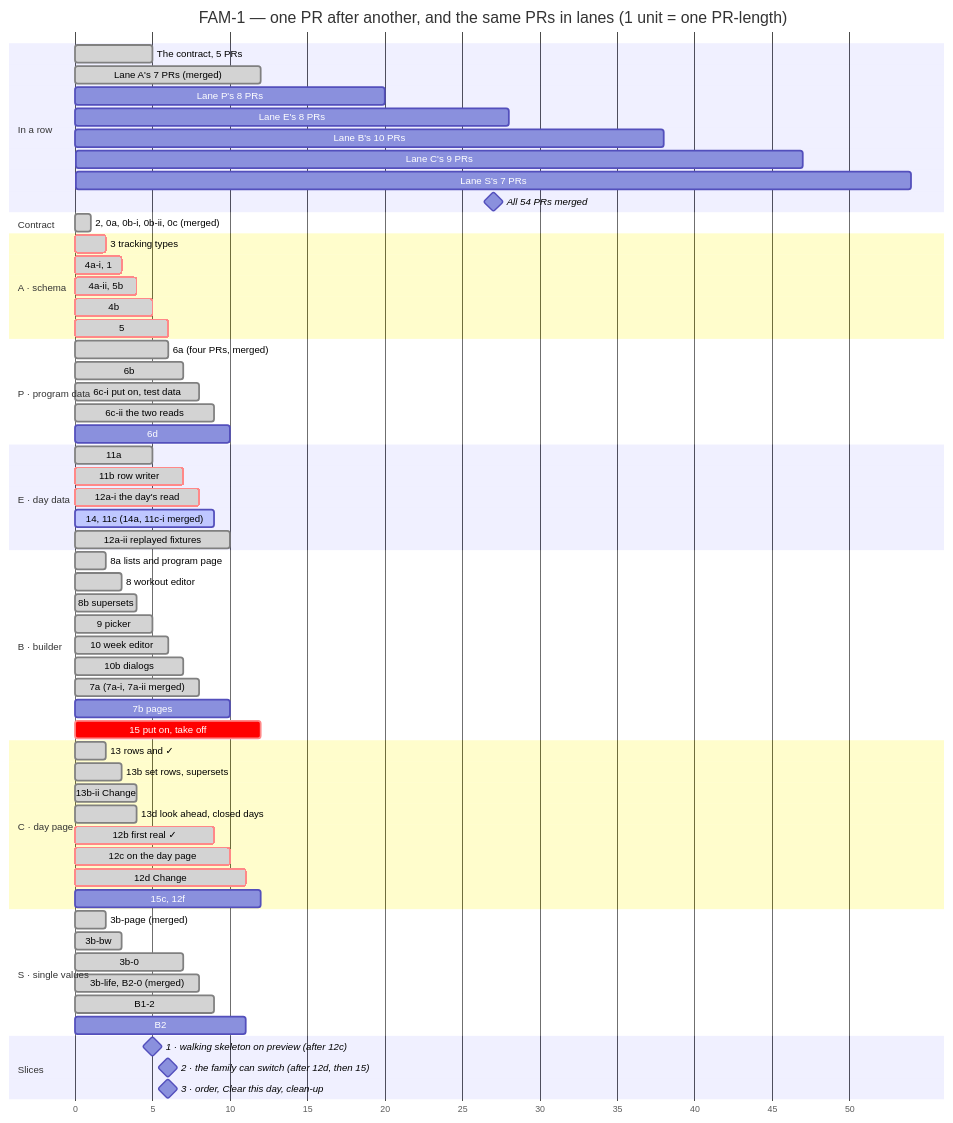
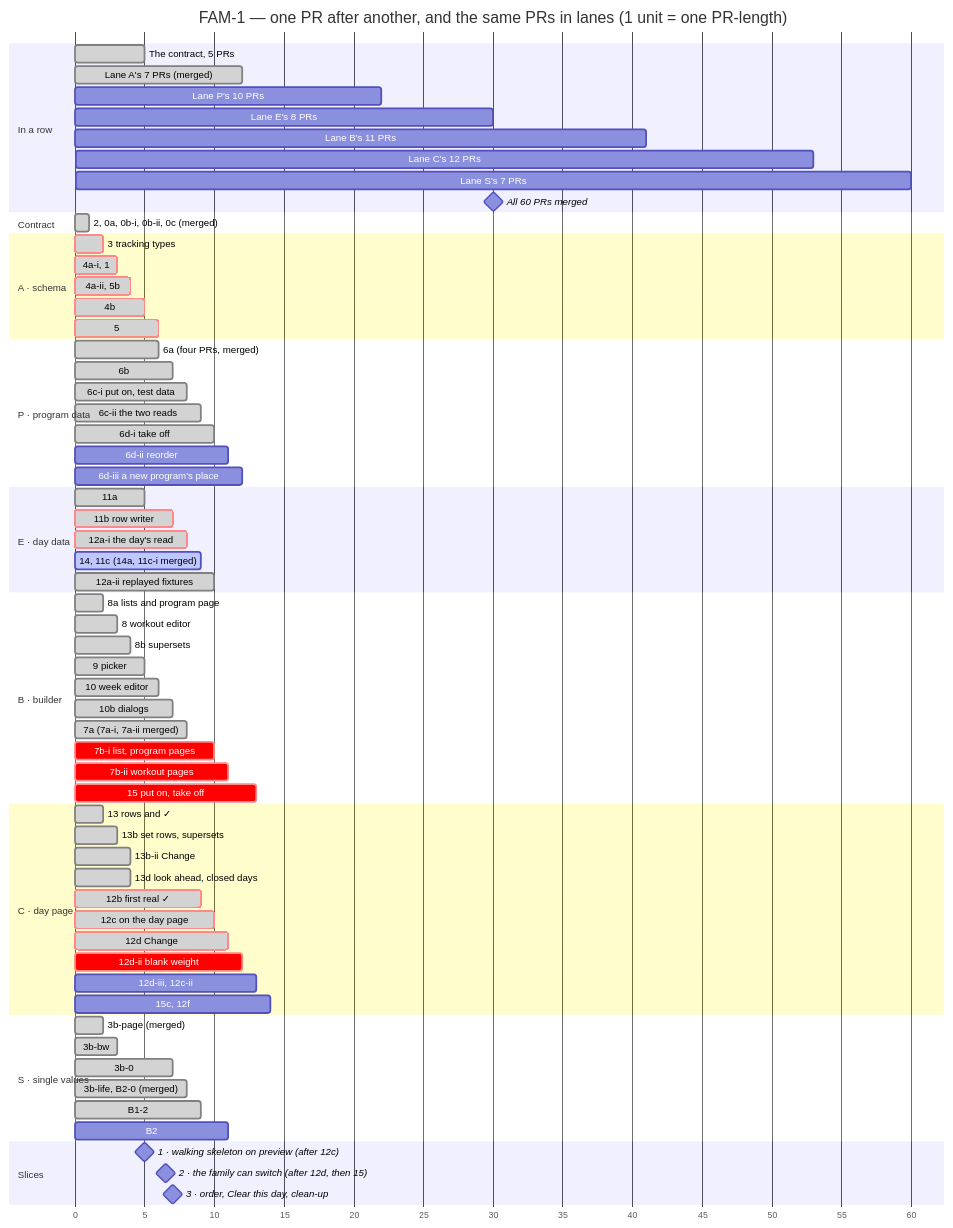
One commit to ralamode/mat-plan changed the second of 2 diagrams in docs/milestones/fam-1-family-program.md. Above: the diagram before and after it, drawn with Mermaid. The commit also changed other lines of this file and 5 other files, not shown here.

````diff
--- a/docs/milestones/fam-1-family-program.md
+++ b/docs/milestones/fam-1-family-program.md
@@ -260,75 +260,80 @@
 ```mermaid
 gantt
   title FAM-1 — one PR after another, and the same PRs in lanes (1 unit = one PR-length)
   dateFormat X
   axisFormat %s
   todayMarker off
 
   section In a row
   The contract, 5 PRs          :done, r0, 0, 5
   Lane A's 7 PRs (merged)      :done, r1, 5, 12
-  Lane P's 8 PRs               :r2, 12, 20
-  Lane E's 8 PRs               :r3, 20, 28
-  Lane B's 10 PRs              :r4, 28, 38
-  Lane C's 9 PRs               :r5, 38, 47
-  Lane S's 7 PRs               :r6, 47, 54
-  All 54 PRs merged            :milestone, rm, 54, 54
+  Lane P's 10 PRs              :r2, 12, 22
+  Lane E's 8 PRs               :r3, 22, 30
+  Lane B's 11 PRs              :r4, 30, 41
+  Lane C's 12 PRs              :r5, 41, 53
+  Lane S's 7 PRs               :r6, 53, 60
+  All 60 PRs merged            :milestone, rm, 60, 60
 
   section Contract
   2, 0a, 0b-i, 0b-ii, 0c (merged) :done, c0, 0, 1
 
   section A · schema
   3 tracking types             :crit, done, a1, 1, 2
   4a-i, 1                      :crit, done, a2, 2, 3
   4a-ii, 5b                    :crit, done, a3, 3, 4
   4b                           :crit, done, a4, 4, 5
   5                            :crit, done, a5, 5, 6
 
   section P · program data
   6a (four PRs, merged)        :done, p1, 5, 6
   6b                           :done, p2, 6, 7
   6c-i put on, test data       :done, p3, 7, 8
   6c-ii the two reads          :done, p3b, 8, 9
-  6d                           :p4, 9, 10
+  6d-i take off                :done, p4, 9, 10
+  6d-ii reorder                :p5, 10, 11
+  6d-iii a new program's place :p6, 11, 12
 
   section E · day data
   11a                          :done, e1, 4, 5
   11b row writer               :crit, done, e2, 5, 7
   12a-i the day's read         :crit, done, e3, 7, 8
   14, 11c (14a, 11c-i merged)  :active, e4, 8, 9
   12a-ii replayed fixtures     :done, e5, 9, 10
 
   section B · builder
   8a lists and program page    :done, b1, 1, 2
   8 workout editor             :done, b2, 2, 3
   8b supersets                 :done, b3, 3, 4
   9 picker                     :done, b4, 4, 5
   10 week editor               :done, b5, 5, 6
   10b dialogs                  :done, b6, 6, 7
   7a (7a-i, 7a-ii merged)      :done, b7, 7, 8
-  7b pages                     :b8, 9, 10
-  15 put on, take off          :crit, b9, 11, 12
+  7b-i list, program pages     :crit, b8, 9, 10
+  7b-ii workout pages          :crit, b8b, 10, 11
+  15 put on, take off          :crit, b9, 12, 13
 
   section C · day page
   13 rows and ✓                :done, c1, 1, 2
   13b set rows, supersets      :done, c2, 2, 3
   13b-ii Change                :done, c2b, 3, 4
   13d look ahead, closed days  :done, c3, 3, 4
   12b first real ✓             :crit, done, c4, 8, 9
   12c on the day page          :crit, done, c5, 9, 10
   12d Change                   :crit, done, c6, 10, 11
-  15c, 12f                     :c7, 11, 12
+  12d-ii blank weight          :crit, c6b, 11, 12
+  12d-iii, 12c-ii              :c6c, 12, 13
+  15c, 12f                     :c7, 13, 14
 
   section S · single values
   3b-page (merged)             :done, s1, 1, 2
   3b-bw                        :done, s2, 2, 3
   3b-0                         :done, s3, 6, 7
   3b-life, B2-0 (merged)       :done, s4, 7, 8
   B1-2                         :done, s5, 8, 9
   B2                           :s6, 10, 11
 
   section Slices
   1 · walking skeleton on preview (after 12c) :milestone, m1, 10, 10
-  2 · the family can switch (after 12d, then 15) :milestone, m2, 12, 12
-  3 · order, Clear this day, clean-up         :milestone, m3, 12, 12
+  2 · the family can switch (after 12d, then 15) :milestone, m2, 13, 13
+  3 · order, Clear this day, clean-up         :milestone, m3, 14, 14
 ```
````
